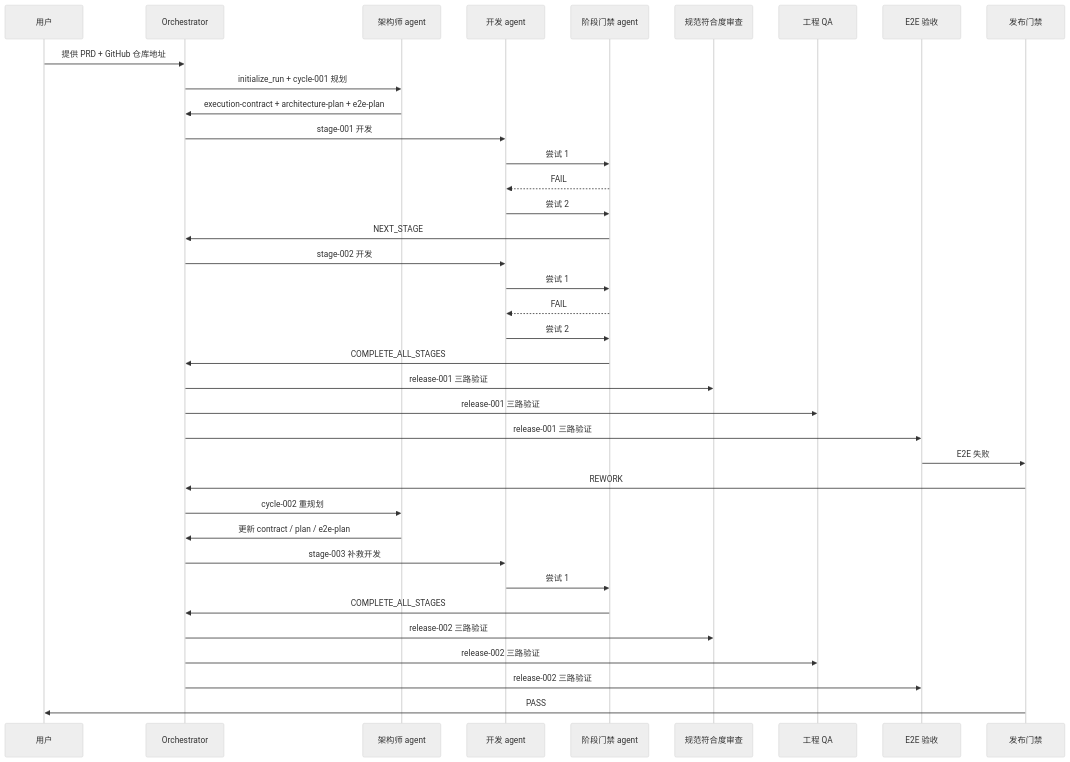
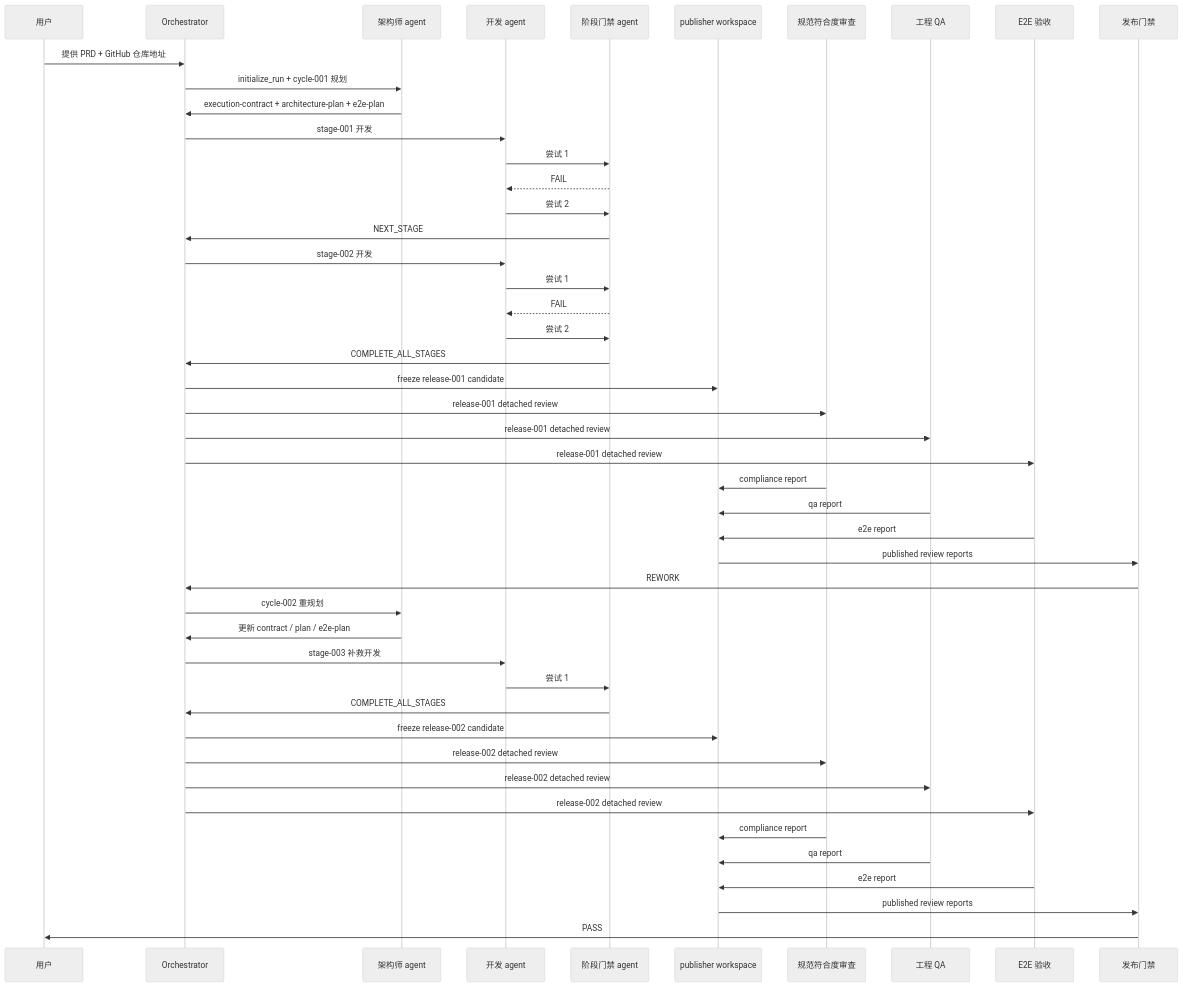
The diagram in docs/v1-simulated-run.md (faithleysath/autogen), drawn with Mermaid (neutral theme) before and after one commit. The commit also changed other lines of this file and 31 other files, not shown here.

````diff
--- a/docs/v1-simulated-run.md
+++ b/docs/v1-simulated-run.md
@@ -76,40 +76,50 @@
 ```mermaid
 sequenceDiagram
     participant U as 用户
     participant O as Orchestrator
     participant A as 架构师 agent
     participant D as 开发 agent
     participant G as 阶段门禁 agent
+    participant P as publisher workspace
     participant C as 规范符合度审查
     participant Q as 工程 QA
     participant E as E2E 验收
     participant R as 发布门禁
 
     U->>O: 提供 PRD + GitHub 仓库地址
     O->>A: initialize_run + cycle-001 规划
     A->>O: execution-contract + architecture-plan + e2e-plan
     O->>D: stage-001 开发
     D->>G: 尝试 1
     G-->>D: FAIL
     D->>G: 尝试 2
     G->>O: NEXT_STAGE
     O->>D: stage-002 开发
     D->>G: 尝试 1
     G-->>D: FAIL
     D->>G: 尝试 2
     G->>O: COMPLETE_ALL_STAGES
-    O->>C: release-001 三路验证
-    O->>Q: release-001 三路验证
-    O->>E: release-001 三路验证
-    E->>R: E2E 失败
+    O->>P: freeze release-001 candidate
+    O->>C: release-001 detached review
+    O->>Q: release-001 detached review
+    O->>E: release-001 detached review
+    C->>P: compliance report
+    Q->>P: qa report
+    E->>P: e2e report
+    P->>R: published review reports
     R->>O: REWORK
     O->>A: cycle-002 重规划
     A->>O: 更新 contract / plan / e2e-plan
     O->>D: stage-003 补救开发
     D->>G: 尝试 1
     G->>O: COMPLETE_ALL_STAGES
-    O->>C: release-002 三路验证
-    O->>Q: release-002 三路验证
-    O->>E: release-002 三路验证
+    O->>P: freeze release-002 candidate
+    O->>C: release-002 detached review
+    O->>Q: release-002 detached review
+    O->>E: release-002 detached review
+    C->>P: compliance report
+    Q->>P: qa report
+    E->>P: e2e report
+    P->>R: published review reports
     R->>U: PASS
 ```
````
